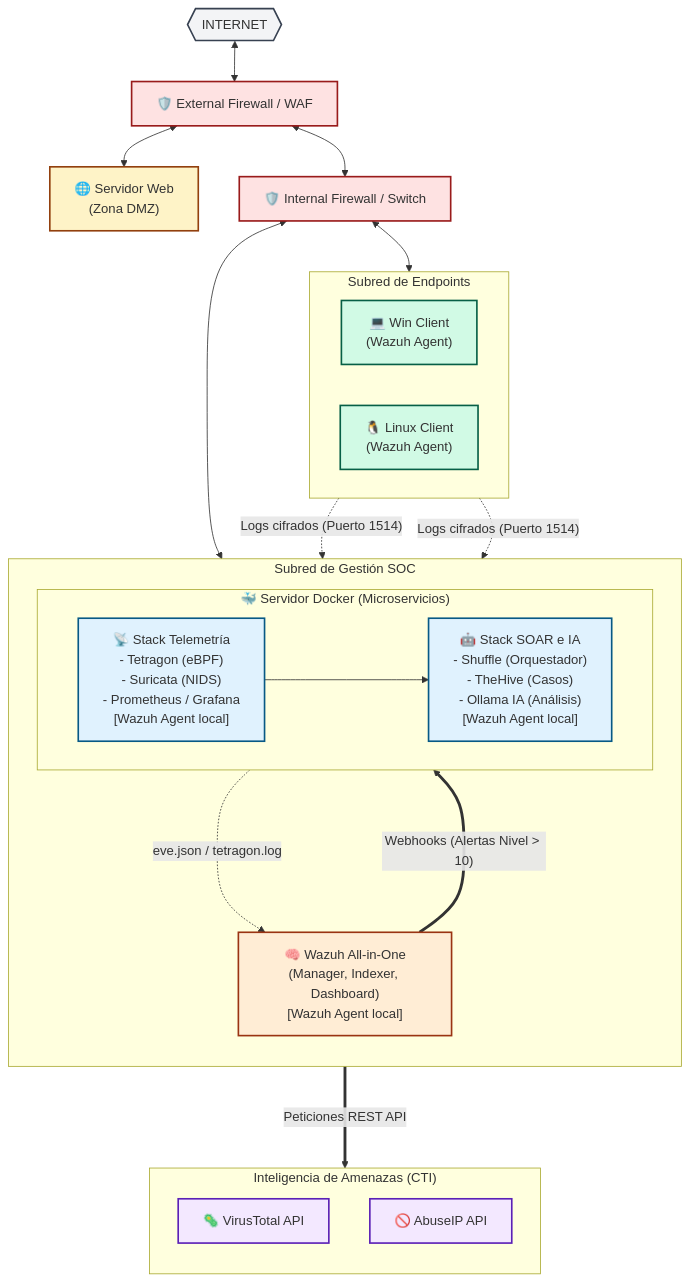
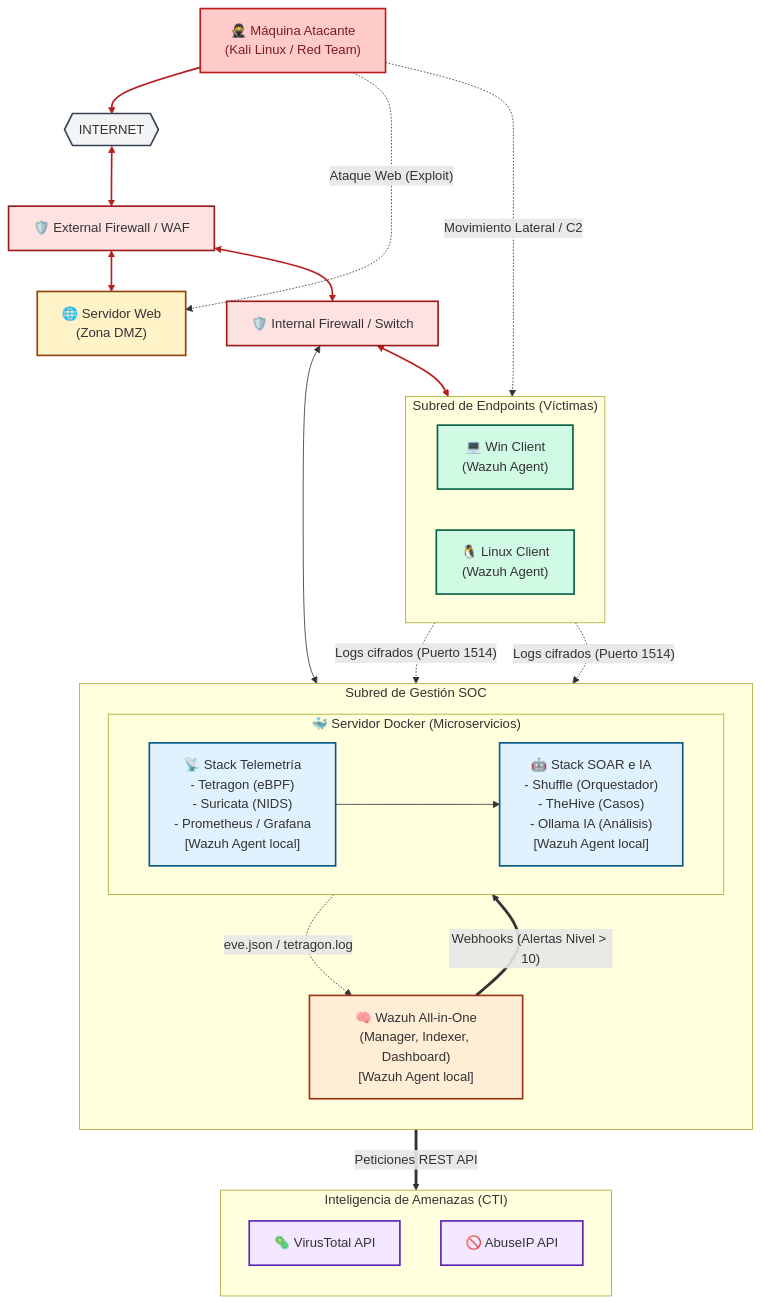
Before and after one commit to BlueShield-Ch4rl13/Infra-SocAnalyst: the diagram in README.md, drawn with Mermaid. The commit also changed other lines of this file, not shown here.

Commit message:
Enhance README with attacker details and architecture
Updated the README to include details about the attacker and clarify the network architecture.

````diff
--- a/README.md
+++ b/README.md
@@ -22,67 +21,78 @@
 ```mermaid
 flowchart TB
     %% Estilos de los nodos
     classDef cloud fill:#f3f4f6,stroke:#374151,stroke-width:2px;
     classDef fw fill:#fee2e2,stroke:#991b1b,stroke-width:2px;
     classDef dmz fill:#fef3c7,stroke:#92400e,stroke-width:2px;
     classDef endpoints fill:#d1fae5,stroke:#065f46,stroke-width:2px;
     classDef wazuh fill:#ffedd5,stroke:#9a3412,stroke-width:2px;
     classDef docker fill:#e0f2fe,stroke:#075985,stroke-width:2px;
     classDef api fill:#f3e8ff,stroke:#5b21b6,stroke-width:2px;
+    classDef attacker fill:#fecaca,stroke:#b91c1c,stroke-width:2px,color:#7f1d1d;
 
-    %% Entorno Externo
+    %% Entorno Externo y Atacante
+    ATK["🥷 Máquina Atacante\n(Kali Linux / Red Team)"]:::attacker
     INET{{"INTERNET"}}:::cloud
+    
+    ATK --> INET
     
     %% Perímetro y Zona DMZ
     FW_EXT["🛡️ External Firewall / WAF"]:::fw
     WWW["🌐 Servidor Web\n(Zona DMZ)"]:::dmz
     
     INET <--> FW_EXT
     FW_EXT <--> WWW
     
     %% Red Interna / Core
     FW_INT["🛡️ Internal Firewall / Switch"]:::fw
     FW_EXT <--> FW_INT
 
     %% Zona de Clientes
-    subgraph RED_CLIENTES [Subred de Endpoints]
+    subgraph RED_CLIENTES ["Subred de Endpoints (Víctimas)"]
         direction LR
         WIN["💻 Win Client\n(Wazuh Agent)"]:::endpoints
         LIN["🐧 Linux Client\n(Wazuh Agent)"]:::endpoints
     end
     FW_INT <--> RED_CLIENTES
 
     %% Zona de Gestión SOC
-    subgraph RED_SOC [Subred de Gestión SOC]
+    subgraph RED_SOC ["Subred de Gestión SOC"]
         direction TB
         WAZUH["🧠 Wazuh All-in-One\n(Manager, Indexer, Dashboard)\n[Wazuh Agent local]"]:::wazuh
         
         subgraph DOCKER_HOST ["🐳 Servidor Docker (Microservicios)"]
             direction LR
             DOCKER_SENSORS["📡 Stack Telemetría\n- Tetragon (eBPF)\n- Suricata (NIDS)\n- Prometheus / Grafana\n[Wazuh Agent local]"]:::docker
             
             DOCKER_SOAR["🤖 Stack SOAR e IA\n- Shuffle (Orquestador)\n- TheHive (Casos)\n- Ollama IA (Análisis)\n[Wazuh Agent local]"]:::docker
         end
         
         %% Conexión interna Docker
         DOCKER_SENSORS ---> DOCKER_SOAR
     end
     FW_INT <--> RED_SOC
 
     %% Zona de Inteligencia Externa
     subgraph APIS_EXTERNAS ["Inteligencia de Amenazas (CTI)"]
         direction TB
         VT["🦠 VirusTotal API"]:::api
         ABUSE["🚫 AbuseIP API"]:::api
     end
 
     %% --- FLUJOS DE DATOS ---
-    %% Telemetría (Líneas punteadas)
+    
+    %% 1. Flujos de Ataque (Líneas rojas punteadas)
+    linkStyle 0,1,2,3,4 stroke:#b91c1c,stroke-width:2px;
+    ATK -. "Ataque Web (Exploit)" .-> WWW
+    ATK -. "Movimiento Lateral / C2" .-> WIN
+
+    %% 2. Telemetría SOC (Líneas grises punteadas)
     WIN -. "Logs cifrados (Puerto 1514)" .-> WAZUH
     LIN -. "Logs cifrados (Puerto 1514)" .-> WAZUH
     DOCKER_SENSORS -. "eve.json / tetragon.log" .-> WAZUH
-  
-    %% SOAR y Automatización (Líneas continuas gruesas)
-    WAZUH == "Webhooks (Alertas Nivel > 10)" ===> DOCKER_SOAR
-    DOCKER_SOAR == "Peticiones REST API" ===> APIS_EXTERNAS
-```  
+
+    %% 3. SOAR y Automatización (Líneas continuas gruesas)
+    WAZUH == "Webhooks (Alertas Nivel > 10)" ==> DOCKER_SOAR
+    DOCKER_SOAR == "Peticiones REST API" ==> APIS_EXTERNAS
+
+```
````
